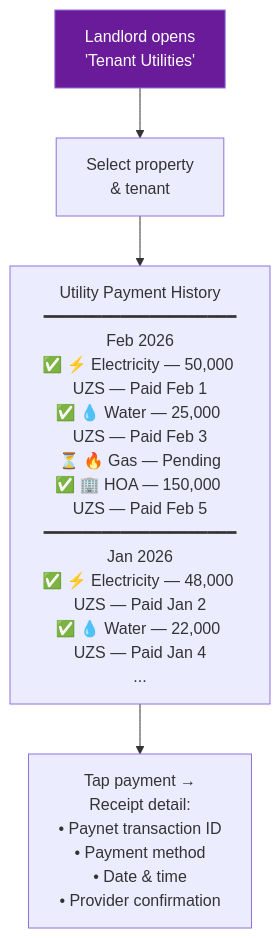
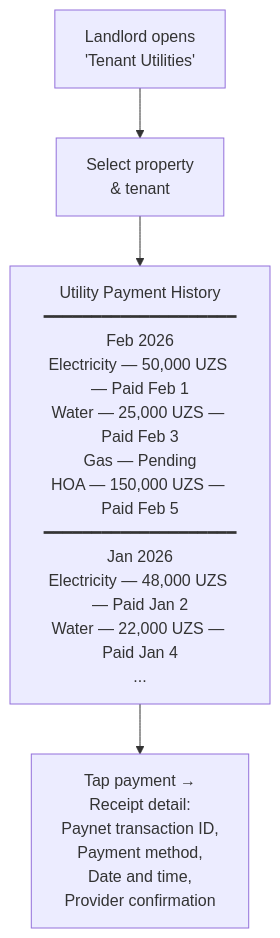
One commit to saodatm-dev/Utilities---Informational-Architecture changed diagram 12 of 14 in utilities-payment-userflow.md. Above: the diagram before and after it, drawn with Mermaid. The commit also changed other lines of this file and 12 other files, not shown here.

Commit message:
docs: Remove outdated informational architecture documents, update payment userflow, and add new images.

````diff
--- a/utilities-payment-userflow.md
+++ b/utilities-payment-userflow.md
@@ -391,9 +478,8 @@
 ```mermaid
 flowchart TD
     OWNER["Landlord opens<br/>'Tenant Utilities'"] --> SELECT["Select property<br/>& tenant"]
-    SELECT --> HISTORY["Utility Payment History<br/>━━━━━━━━━━━━━━━━━━━━<br/>Feb 2026<br/>✅ ⚡ Electricity — 50,000 UZS — Paid Feb 1<br/>✅ 💧 Water — 25,000 UZS — Paid Feb 3<br/>⏳ 🔥 Gas — Pending<br/>✅ 🏢 HOA — 150,000 UZS — Paid Feb 5<br/>━━━━━━━━━━━━━━━━━━━━<br/>Jan 2026<br/>✅ ⚡ Electricity — 48,000 UZS — Paid Jan 2<br/>✅ 💧 Water — 22,000 UZS — Paid Jan 4<br/>..."]
+    SELECT --> HISTORY["Utility Payment History<br/>━━━━━━━━━━━━━━━━━━━━<br/>Feb 2026<br/>Electricity — 50,000 UZS — Paid Feb 1<br/>Water — 25,000 UZS — Paid Feb 3<br/>Gas — Pending<br/>HOA — 150,000 UZS — Paid Feb 5<br/>━━━━━━━━━━━━━━━━━━━━<br/>Jan 2026<br/>Electricity — 48,000 UZS — Paid Jan 2<br/>Water — 22,000 UZS — Paid Jan 4<br/>..."]
 
-    HISTORY --> DETAIL["Tap payment →<br/>Receipt detail:<br/>• Paynet transaction ID<br/>• Payment method<br/>• Date & time<br/>• Provider confirmation"]
+    HISTORY --> DETAIL["Tap payment →<br/>Receipt detail:<br/>Paynet transaction ID,<br/>Payment method,<br/>Date and time,<br/>Provider confirmation"]
 
-    style OWNER fill:#6A1B9A,color:#fff
 ```
````
